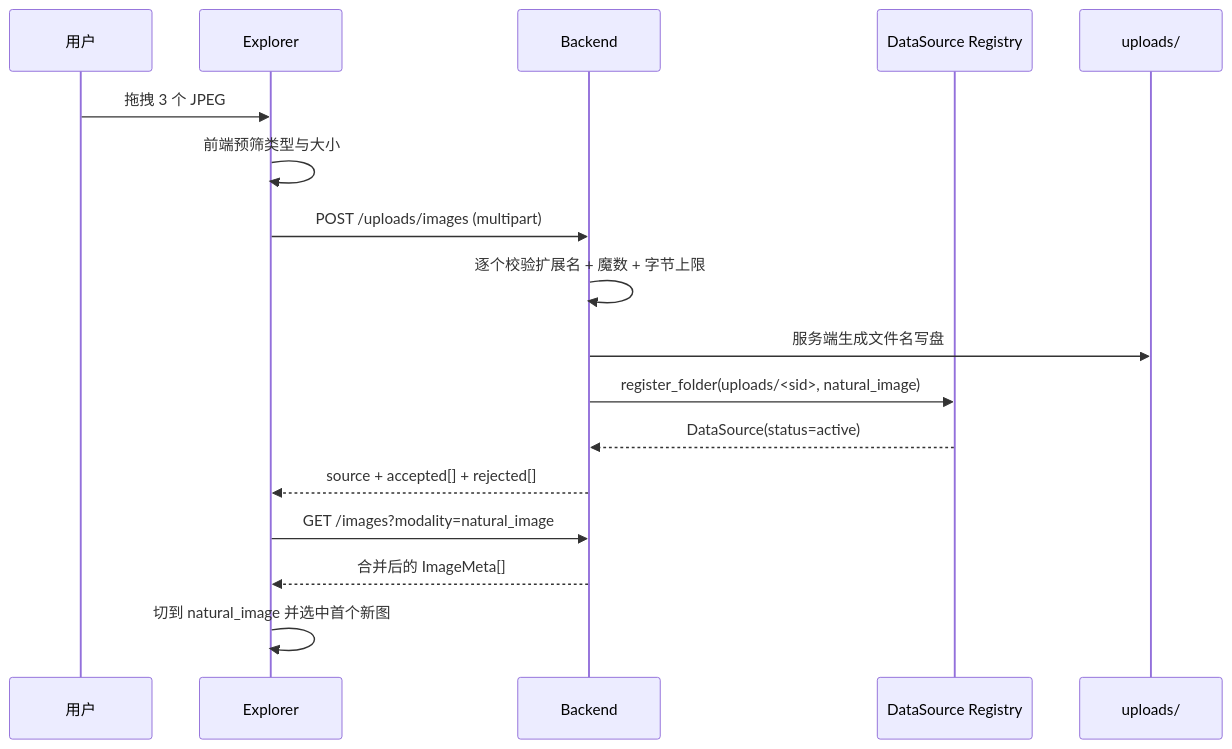
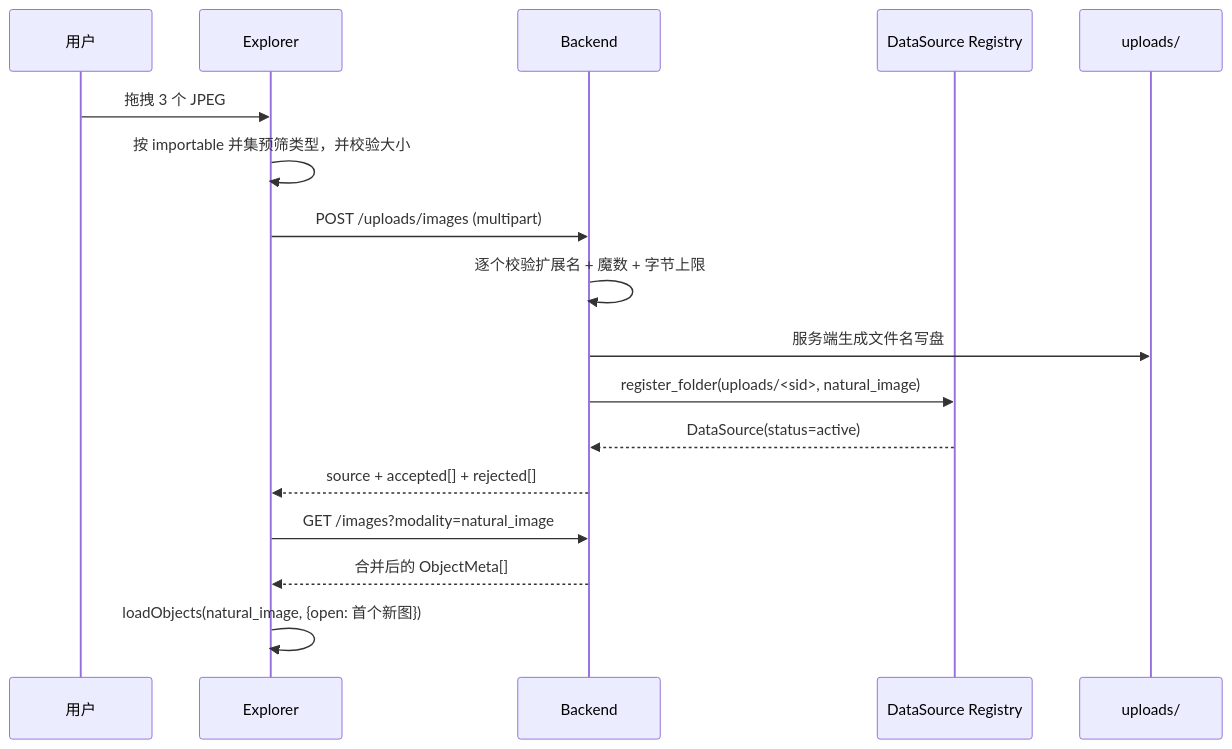
One commit to zhentai-sn/open-glaux changed the second of 4 diagrams in docs/sdd/feats/08-data-import-first-explorer/README.md. Above: the diagram before and after it, drawn with Mermaid. The commit also changed other lines of this file and 16 other files, not shown here.

````diff
--- a/docs/sdd/feats/08-data-import-first-explorer/README.md
+++ b/docs/sdd/feats/08-data-import-first-explorer/README.md
@@ -194,20 +196,20 @@
 ```mermaid
 sequenceDiagram
     participant U as 用户
     participant E as Explorer
     participant B as Backend
     participant R as DataSource Registry
     participant FS as uploads/
 
     U->>E: 拖拽 3 个 JPEG
-    E->>E: 前端预筛类型与大小
+    E->>E: 按 importable 并集预筛类型，并校验大小
     E->>B: POST /uploads/images (multipart)
     B->>B: 逐个校验扩展名 + 魔数 + 字节上限
     B->>FS: 服务端生成文件名写盘
     B->>R: register_folder(uploads/<sid>, natural_image)
     R-->>B: DataSource(status=active)
     B-->>E: source + accepted[] + rejected[]
     E->>B: GET /images?modality=natural_image
-    B-->>E: 合并后的 ImageMeta[]
-    E->>E: 切到 natural_image 并选中首个新图
+    B-->>E: 合并后的 ObjectMeta[]
+    E->>E: loadObjects(natural_image, {open: 首个新图})
 ```
````
